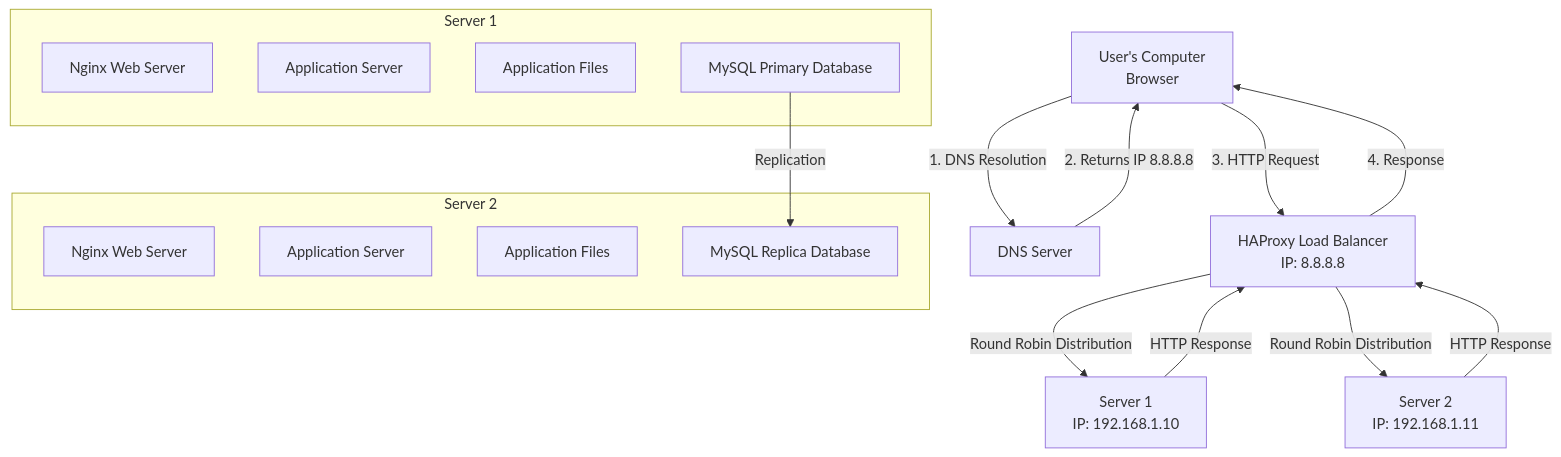
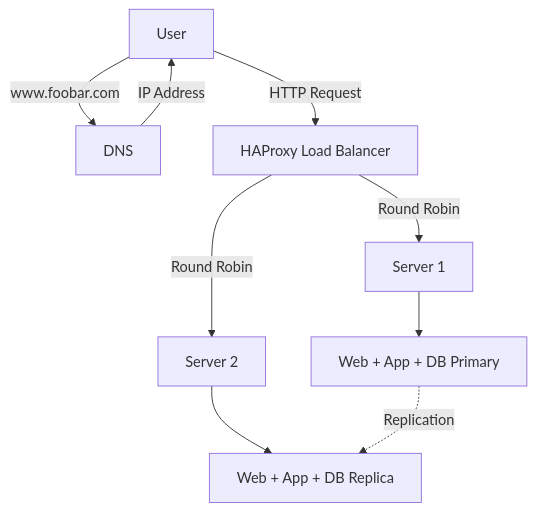
Before and after one commit to flockwood/holbertonschool-system_engineering_devops: the diagram in web_infrastructure_design/1-distributed_web_infrastructure.md, drawn with Mermaid. The commit also changed other lines of this file, not shown here.

Commit message:
added a simpler diagram and syntax to make it easier to understand

````diff
--- a/web_infrastructure_design/1-distributed_web_infrastructure.md
+++ b/web_infrastructure_design/1-distributed_web_infrastructure.md
@@ -5,29 +5,14 @@
 ```mermaid
 graph TD
-    A[User's Computer<br/>Browser] -->|1. DNS Resolution| B[DNS Server]
-    B -->|2. Returns IP 8.8.8.8| A
-    A -->|3. HTTP Request| C[HAProxy Load Balancer<br/>IP: 8.8.8.8]
+    A[User] -->|www.foobar.com| B[DNS]
+    B -->|IP Address| A
+    A -->|HTTP Request| C[HAProxy Load Balancer]
     
-    C -->|Round Robin Distribution| D[Server 1<br/>IP: 192.168.1.10]
-    C -->|Round Robin Distribution| E[Server 2<br/>IP: 192.168.1.11]
+    C -->|Round Robin| D[Server 1]
+    C -->|Round Robin| E[Server 2]
     
-    subgraph "Server 1"
-        D1[Nginx Web Server]
-        D2[Application Server]
-        D3[Application Files]
-        D4[MySQL Primary Database]
-    end
+    D --> F[Web + App + DB Primary]
+    E --> G[Web + App + DB Replica]
     
-    subgraph "Server 2"
-        E1[Nginx Web Server]
-        E2[Application Server]
-        E3[Application Files]
-        E4[MySQL Replica Database]
-    end
-    
-    D4 -->|Replication| E4
-    
-    D -->|HTTP Response| C
-    E -->|HTTP Response| C
-    C -->|4. Response| A
+    F -.->|Replication| G
 ```
````
